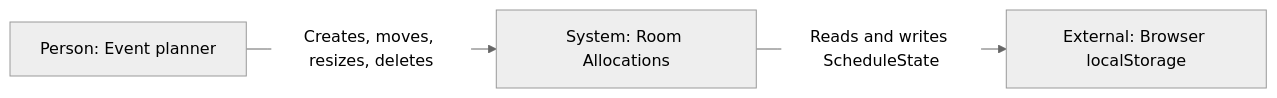
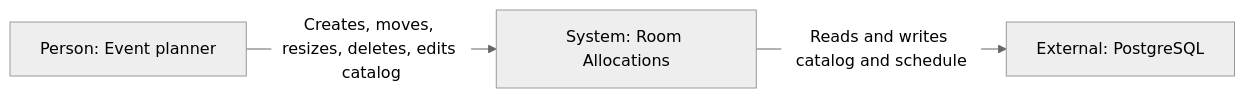
One commit to tri2k/room-allocations-demo changed the diagram in docs/c4/context.md. Above: the diagram before and after it, drawn with Mermaid. The commit also changed other lines of this file and 50 other files, not shown here.

First line of the commit message:
feat: persist schedule through fastapi and postgres

````diff
--- a/docs/c4/context.md
+++ b/docs/c4/context.md
@@ -5,9 +5,9 @@
 ```mermaid
 %%{init: {"theme": "neutral"}}%%
 flowchart LR
   planner["Person: Event planner"]
   app["System: Room Allocations"]
-  browserStorage["External: Browser localStorage"]
-  planner -->|"Creates, moves, resizes, deletes"| app
-  app -->|"Reads and writes ScheduleState"| browserStorage
+  postgres["External: PostgreSQL"]
+  planner -->|"Creates, moves, resizes, deletes, edits catalog"| app
+  app -->|"Reads and writes catalog and schedule"| postgres
 ```
````
